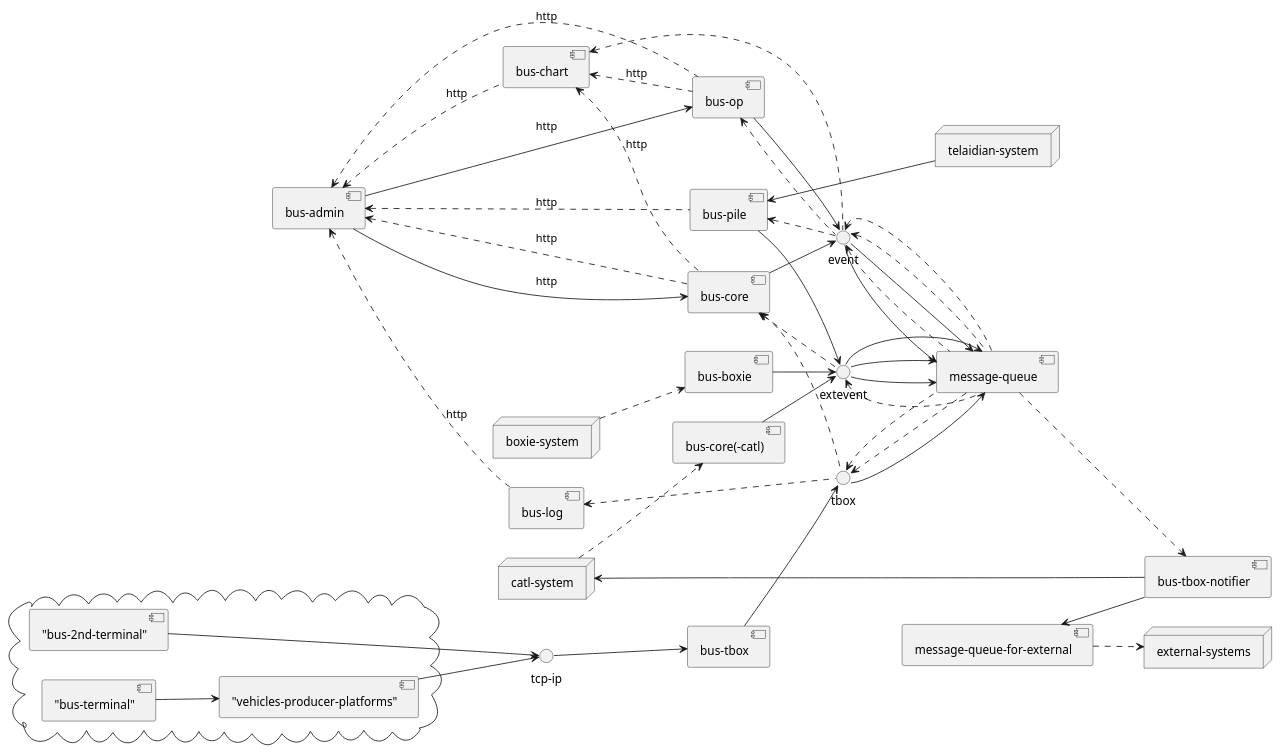
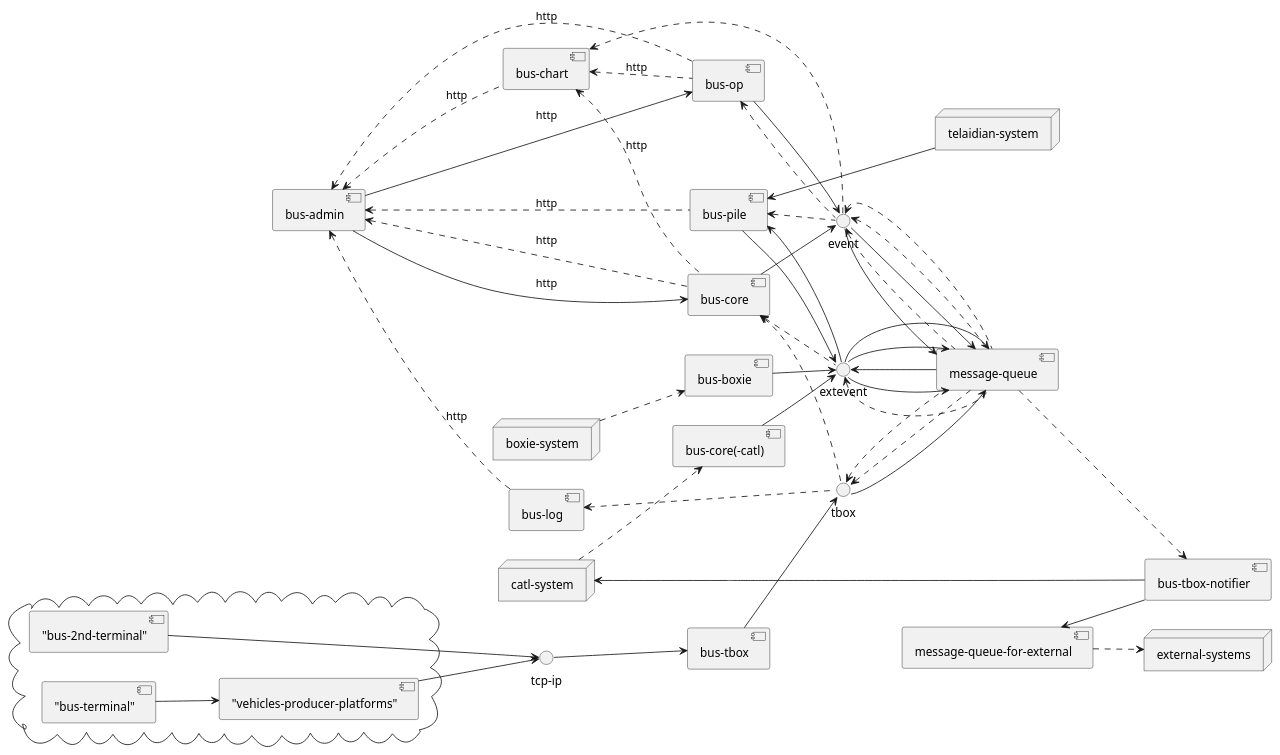
Before and after one commit to 36node/bus-docs: the diagram in arch/module-and-integration.iuml, drawn with PlantUML. The commit also changed 1 other file, not shown here.

```diff
--- a/arch/module-and-integration.iuml
+++ b/arch/module-and-integration.iuml
@@ -1,95 +1,97 @@
 @startuml
 
 left to right direction
 
 component "message-queue" as mq
 
 component "bus-tbox" as bustbox
 
 interface "tcp-ip" as tcpip
 tcpip --> bustbox
 
 cloud {
     ["bus-2nd-terminal"] --> tcpip
     ["vehicles-producer-platforms"] --> tcpip
     ["bus-terminal"] --> ["vehicles-producer-platforms"]
 }
 
 interface "tbox" as tbox
 
 bustbox --> tbox
 tbox --> mq
 
 component "bus-core" as buscore
 buscore <.. tbox
 tbox <.. mq
 
 interface "extevent" as extevent
 buscore <.. extevent
 extevent <.. mq
 
 interface "event" as event
 buscore --> event
 event --> mq
 
 component "bus-op" as busop
 busop <.. event
 event <.. mq
 busop --> event
 event --> mq
 
 component "bus-log" as buslog
 buslog <.. tbox
 tbox <.. mq
 
 component "bus-chart" as buschart
 buschart <.. event
 event <.. mq
 
 buschart <..buscore : http
 buschart <..busop : http
 
 component "bus-pile" as buspile
 buspile <.. event
 event <.. mq
 buspile --> extevent
 extevent --> mq
+buspile <-- extevent
+extevent <-- mq
 
 component "bus-boxie" as busboxie
 busboxie --> extevent
 extevent --> mq
 
 component "bus-core(-catl)" as buscatl
 buscatl --> extevent
 extevent --> mq
 
 node "catl-system" as catlsys
 catlsys ..> buscatl
 
 node "boxie-system" as boxiesys
 boxiesys ..> busboxie
 
 component "bus-admin" as busadmin
 busadmin <.. buscore : http
 busadmin --> buscore : http
 busadmin <.. busop : http
 busadmin --> busop : http
 busadmin <.. buslog : http
 busadmin <.. buschart : http
 busadmin <.. buspile : http
 
 component "bus-tbox-notifier" as bustboxnotifier
 
 component "message-queue-for-external" as extmq
 mq ..> bustboxnotifier
 extmq <-- bustboxnotifier
 catlsys <-- bustboxnotifier
 
 node "external-systems" as extsys
 extmq ..> extsys
 
 node "telaidian-system" as telaidiansys
 
 buspile <--- telaidiansys
 
 @enduml
```
